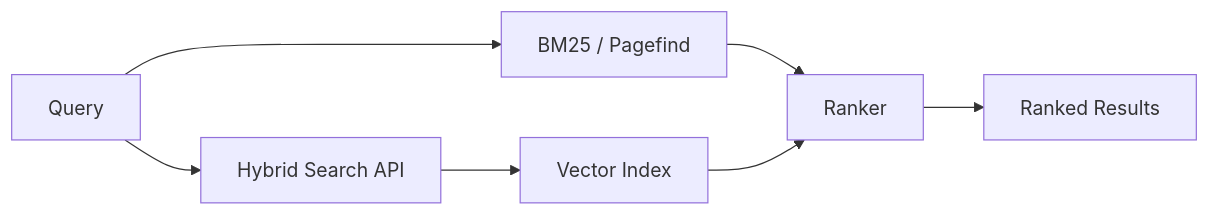
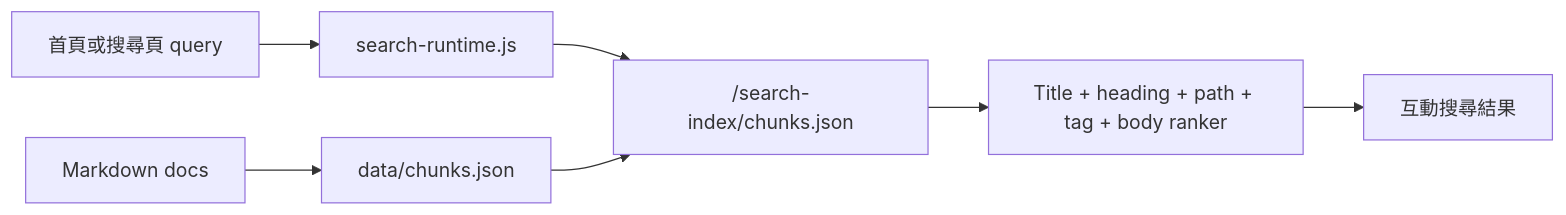
The diagram in docs-site/src/content/docs/search/index.md (chen21019/cattle-handbook), drawn with Mermaid before and after one commit. The commit also changed other lines of this file and 201 other files, not shown here.

````diff
--- a/docs-site/src/content/docs/search/index.md
+++ b/docs-site/src/content/docs/search/index.md
@@ -89,9 +52,9 @@
 ```mermaid
 flowchart LR
-  Query[Query] --> Pagefind[BM25 / Pagefind]
-  Query --> API[Hybrid Search API]
-  API --> Vector[Vector Index]
-  Pagefind --> Ranker[Ranker]
-  Vector --> Ranker
-  Ranker --> Results[Ranked Results]
+  Query[首頁或搜尋頁 query] --> Runtime["search-runtime.js"]
+  Runtime --> StaticIndex["/search-index/chunks.json"]
+  StaticIndex --> Ranker[Title + heading + path + tag + body ranker]
+  Ranker --> Results[互動搜尋結果]
+  Docs["data/chunks.json"] --> StaticIndex
+  Source[Markdown docs] --> Docs
 ```
````
